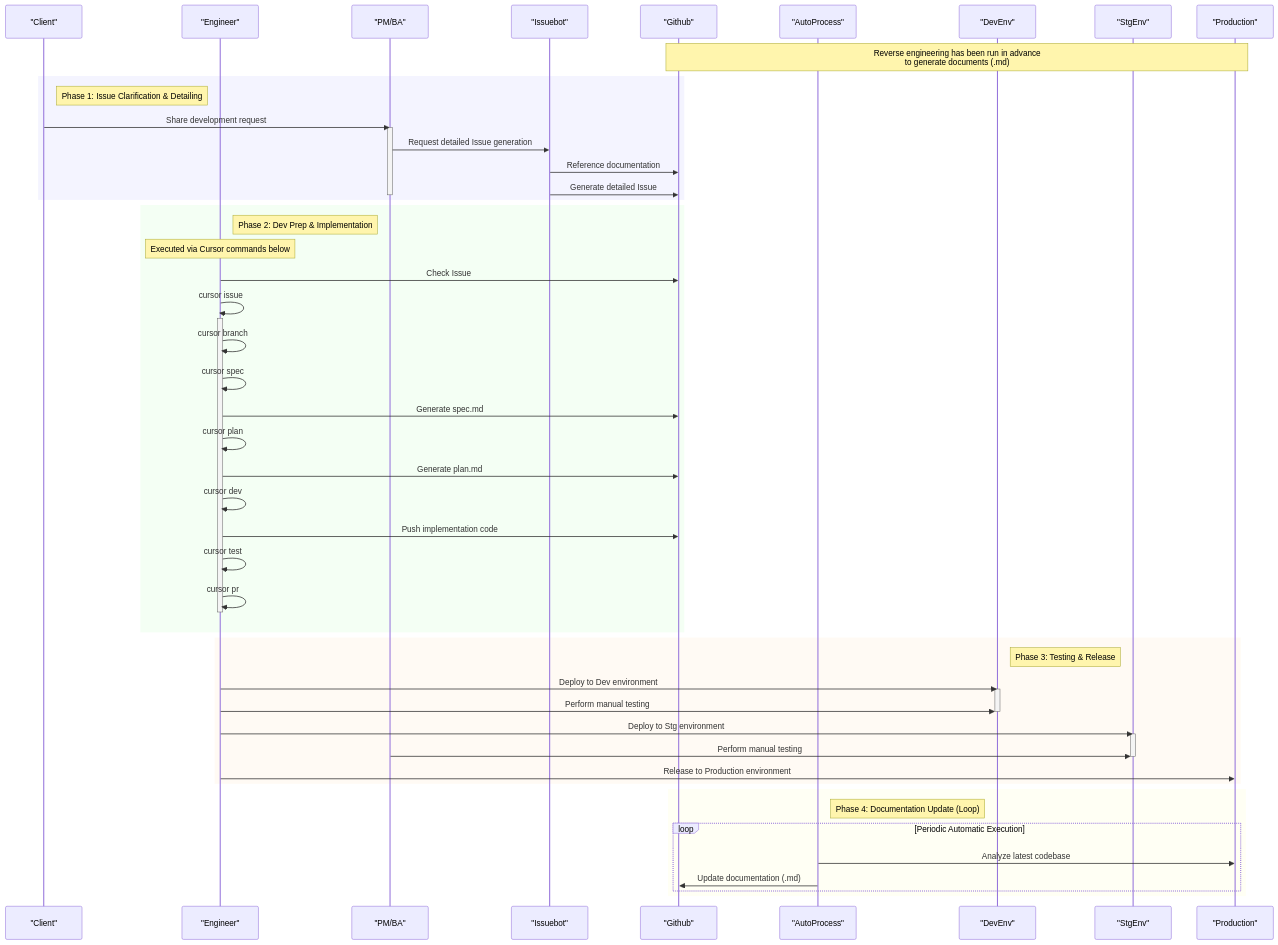
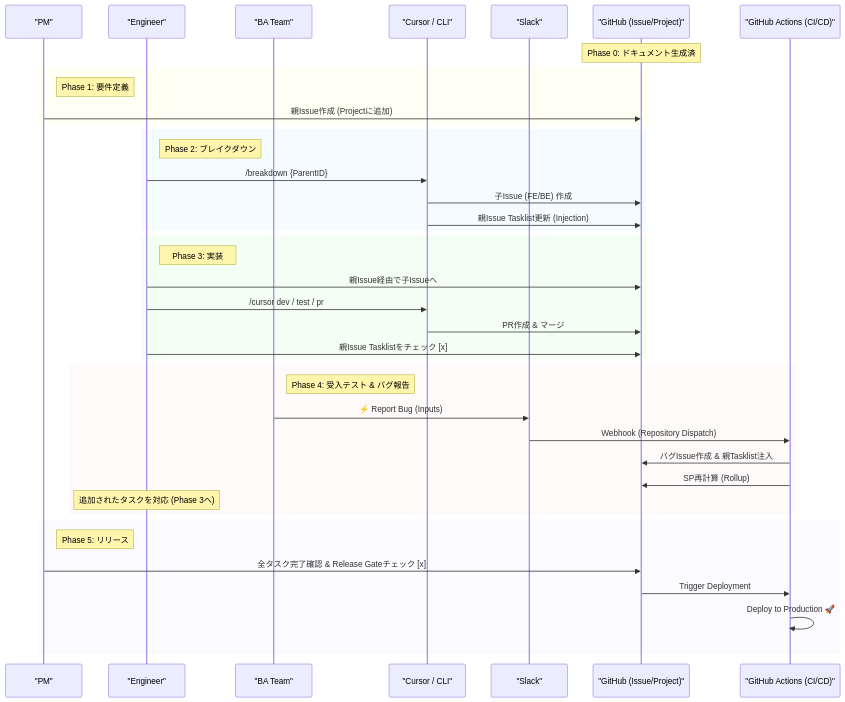
The diagram in docs/AI_driven_dedelopment/workflow.md (TeckVeho/wiki), drawn with Mermaid before and after one commit. The commit also changed other lines of this file, not shown here.

First line of the commit message:
Revise AI development workflow documentation

````diff
--- a/docs/AI_driven_dedelopment/workflow.md
+++ b/docs/AI_driven_dedelopment/workflow.md
@@ -97,70 +122,52 @@
 ```mermaid
 sequenceDiagram
-    %% Human Actors (Blue tones)
-    participant Client as "Client" #B0C4DE
+    %% アクター定義
+    participant PM as "PM" #FFD700
     participant Engineer as "Engineer" #87CEEB
-    participant PMBA as "PM/BA" #1E90FF
+    participant BA as "BA Team" #FF69B4
 
-    %% Tools/Services (Green tones)
-    participant Issuebot as "Issuebot" #90EE90
-    participant Github as "Github" #32CD32
-    participant AutoProcess as "AutoProcess" #228B22
+    %% システム定義
+    participant Cursor as "Cursor / CLI" #333333
+    participant Slack as "Slack" #4A154B
+    participant GitHub as "GitHub (Issue/Project)" #181717
+    participant Actions as "GitHub Actions (CI/CD)" #2088FF
 
-    %% Environments (Orange tones)
-    participant DevEnv as "DevEnv" #FFD580
-    participant StgEnv as "StgEnv" #FFB347
-    participant Production as "Production" #FF8C00
+    Note over GitHub: Phase 0: ドキュメント生成済
 
-    Note over Production,Github: Reverse engineering has been run in advance<br>to generate documents (.md)
+    rect rgba(255, 255, 200, 0.2)
+        Note right of PM: Phase 1: 要件定義
+        PM->>GitHub: 親Issue作成 (Projectに追加)
+    end
 
-    rect rgba(200, 200, 255, 0.2)
-    Note right of Client: Phase 1: Issue Clarification & Detailing
-        Client->>PMBA: Share development request
-        activate PMBA
-        PMBA->>Issuebot: Request detailed Issue generation
-        Issuebot->>Github: Reference documentation
-        Issuebot->>Github: Generate detailed Issue
-        deactivate PMBA
+    rect rgba(200, 240, 255, 0.2)
+        Note right of Engineer: Phase 2: ブレイクダウン
+        Engineer->>Cursor: /breakdown {ParentID}
+        Cursor->>GitHub: 子Issue (FE/BE) 作成
+        Cursor->>GitHub: 親Issue Tasklist更新 (Injection)
     end
 
     rect rgba(200, 255, 200, 0.2)
-    Note right of Engineer: Phase 2: Dev Prep & Implementation
-        Note over Engineer: Executed via Cursor commands below
-        Engineer->>Github: Check Issue
-        Engineer->>Engineer: cursor issue
-        activate Engineer
-        Engineer->>Engineer: cursor branch
-        Engineer->>Engineer: cursor spec
-        Engineer->>Github: Generate spec.md
-        Engineer->>Engineer: cursor plan
-        Engineer->>Github: Generate plan.md
-        Engineer->>Engineer: cursor dev
-        Engineer->>Github: Push implementation code
-        Engineer->>Engineer: cursor test
-        Engineer->>Engineer: cursor pr
-        deactivate Engineer
+        Note right of Engineer: Phase 3: 実装
+        Engineer->>GitHub: 親Issue経由で子Issueへ
+        Engineer->>Cursor: /cursor dev / test / pr
+        Cursor->>GitHub: PR作成 & マージ
+        Engineer->>GitHub: 親Issue Tasklistをチェック [x]
     end
 
-    rect rgba(255, 230, 200, 0.2)
-    Note right of DevEnv: Phase 3: Testing & Release
-        Engineer->>DevEnv: Deploy to Dev environment
-        activate DevEnv
-        Engineer->>DevEnv: Perform manual testing
-        deactivate DevEnv
-
-        Engineer->>StgEnv: Deploy to Stg environment
-        activate StgEnv
-        PMBA->>StgEnv: Perform manual testing
-        deactivate StgEnv
-
-        Engineer->>Production: Release to Production environment
+    rect rgba(255, 230, 230, 0.2)
+        Note right of BA: Phase 4: 受入テスト & バグ報告
+        BA->>Slack: ⚡️ Report Bug (Inputs)
+        Slack->>Actions: Webhook (Repository Dispatch)
+        Actions->>GitHub: バグIssue作成 & 親Tasklist注入
+        Actions->>GitHub: SP再計算 (Rollup)
+        Note over Engineer: 追加されたタスクを対応 (Phase 3へ)
     end
 
-    rect rgba(255, 255, 200, 0.2)
-    Note right of AutoProcess: Phase 4: Documentation Update (Loop)
-        loop Periodic Automatic Execution
-            AutoProcess->>Production: Analyze latest codebase
-            AutoProcess->>Github: Update documentation (.md)
-        end
+    rect rgba(230, 230, 255, 0.2)
+        Note right of PM: Phase 5: リリース
+        PM->>GitHub: 全タスク完了確認 & Release Gateチェック [x]
+        GitHub->>Actions: Trigger Deployment
+        Actions->>Actions: Deploy to Production 🚀
     end
+
 ```
````
